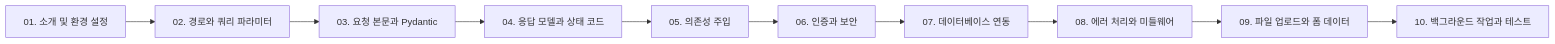
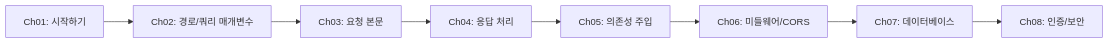
The diagram in fastapi-normal/README.md (hoholam0112/dev-learning-claude-code), drawn with Mermaid before and after one commit. The commit also changed other lines of this file and 322 other files, not shown here.

````diff
--- a/fastapi-normal/README.md
+++ b/fastapi-normal/README.md
@@ -11,12 +11,10 @@
 ```mermaid
 graph LR
-    CH01[01. 소개 및 환경 설정] --> CH02[02. 경로와 쿼리 파라미터]
-    CH02 --> CH03[03. 요청 본문과 Pydantic]
-    CH03 --> CH04[04. 응답 모델과 상태 코드]
-    CH04 --> CH05[05. 의존성 주입]
-    CH05 --> CH06[06. 인증과 보안]
-    CH06 --> CH07[07. 데이터베이스 연동]
-    CH07 --> CH08[08. 에러 처리와 미들웨어]
-    CH08 --> CH09[09. 파일 업로드와 폼 데이터]
-    CH09 --> CH10[10. 백그라운드 작업과 테스트]
+    CH01[Ch01: 시작하기] --> CH02[Ch02: 경로/쿼리 매개변수]
+    CH02 --> CH03[Ch03: 요청 본문]
+    CH03 --> CH04[Ch04: 응답 처리]
+    CH04 --> CH05[Ch05: 의존성 주입]
+    CH05 --> CH06[Ch06: 미들웨어/CORS]
+    CH06 --> CH07[Ch07: 데이터베이스]
+    CH07 --> CH08[Ch08: 인증/보안]
 ```
````
